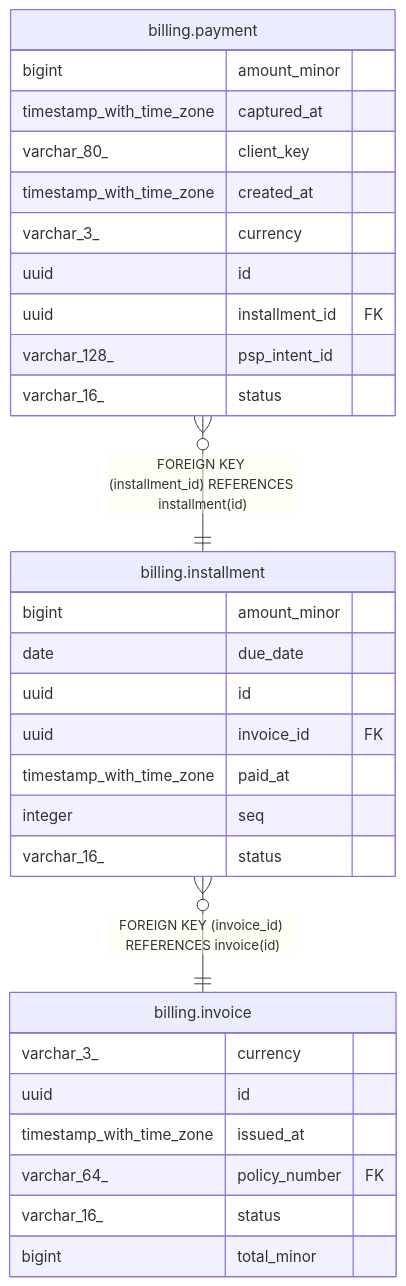
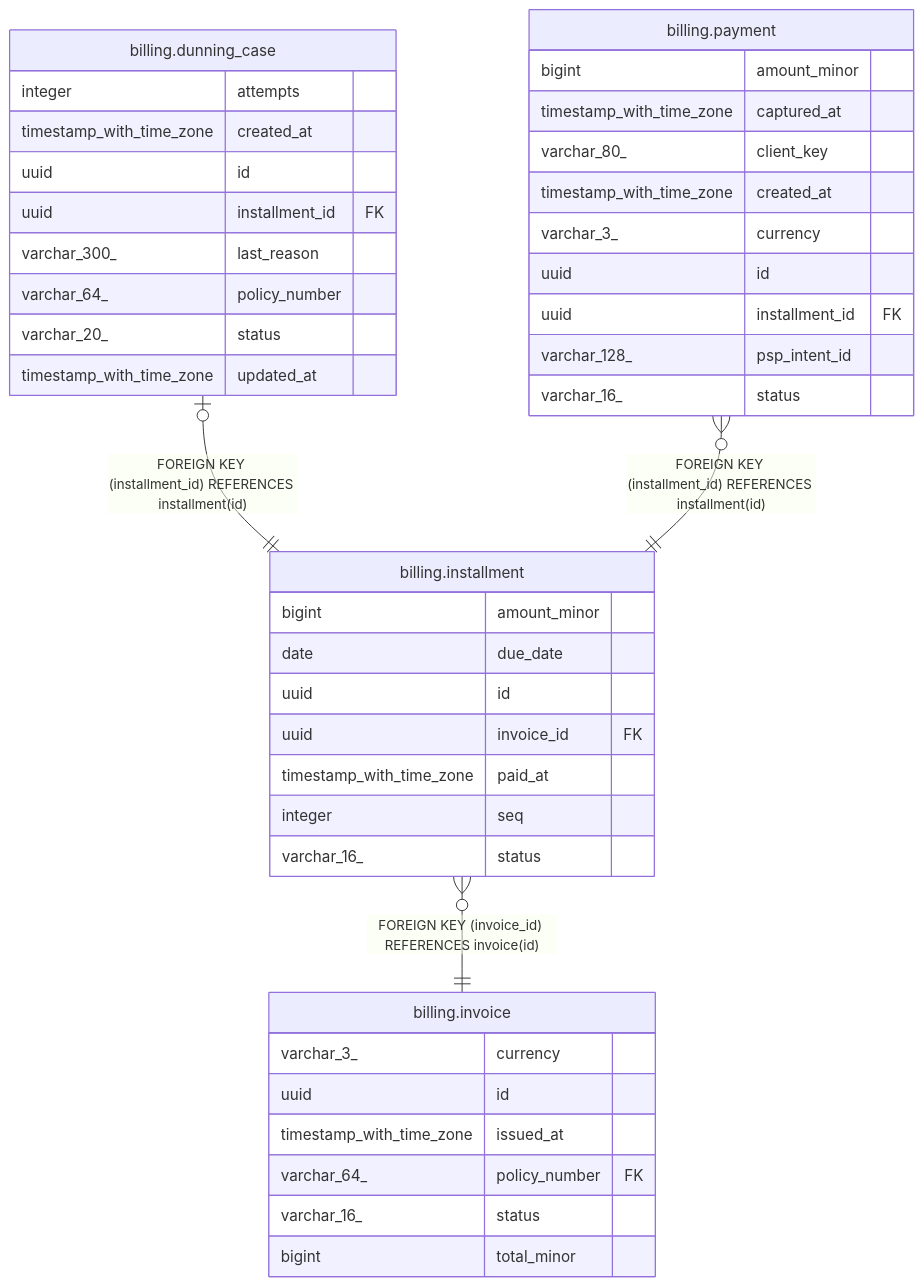
One commit to andrelair-platform/ktayl-core changed the diagram in docs/data-model/billing.installment.md. Above: the diagram before and after it, drawn with Mermaid. The commit also changed other lines of this file and 16 other files, not shown here.

First line of the commit message:
feat(billing): BILL-013c failed-payment → dunning → lapse (non-payment path) (#49)

````diff
--- a/docs/data-model/billing.installment.md
+++ b/docs/data-model/billing.installment.md
@@ -34,35 +34,46 @@
 ```mermaid
 erDiagram
 
+"billing.dunning_case" |o--|| "billing.installment" : "FOREIGN KEY (installment_id) REFERENCES installment(id)"
 "billing.payment" }o--|| "billing.installment" : "FOREIGN KEY (installment_id) REFERENCES installment(id)"
 "billing.installment" }o--|| "billing.invoice" : "FOREIGN KEY (invoice_id) REFERENCES invoice(id)"
 
 "billing.installment" {
   bigint amount_minor
   date due_date
   uuid id
   uuid invoice_id FK
   timestamp_with_time_zone paid_at
   integer seq
   varchar_16_ status
+}
+"billing.dunning_case" {
+  integer attempts
+  timestamp_with_time_zone created_at
+  uuid id
+  uuid installment_id FK
+  varchar_300_ last_reason
+  varchar_64_ policy_number
+  varchar_20_ status
+  timestamp_with_time_zone updated_at
 }
 "billing.payment" {
   bigint amount_minor
   timestamp_with_time_zone captured_at
   varchar_80_ client_key
   timestamp_with_time_zone created_at
   varchar_3_ currency
   uuid id
   uuid installment_id FK
   varchar_128_ psp_intent_id
   varchar_16_ status
 }
 "billing.invoice" {
   varchar_3_ currency
   uuid id
   timestamp_with_time_zone issued_at
   varchar_64_ policy_number FK
   varchar_16_ status
   bigint total_minor
 }
 ```
````
